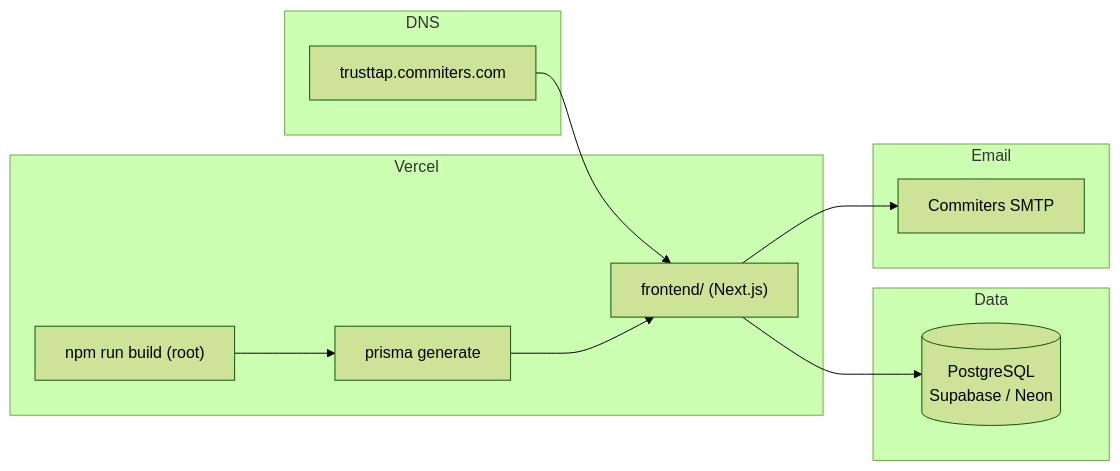
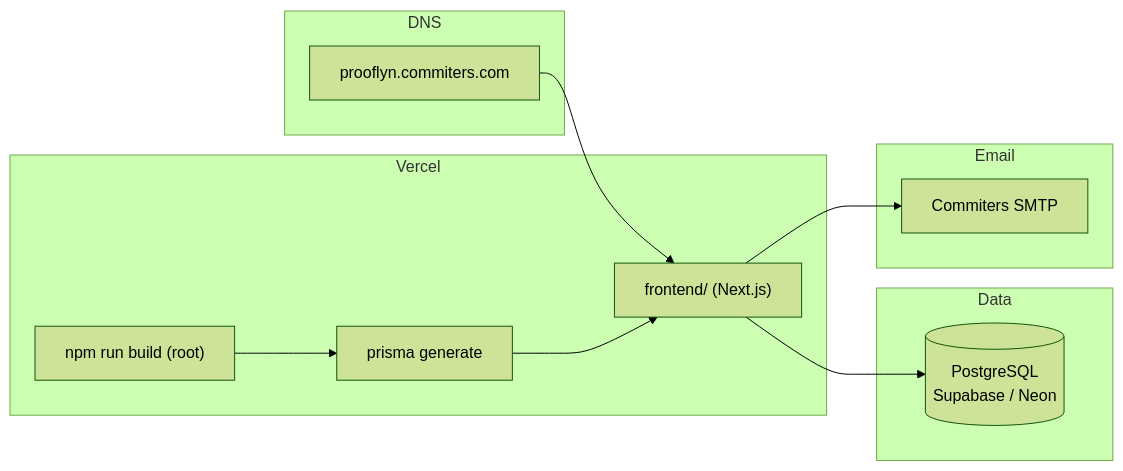
Before and after one commit to niteshrav/GoogleReviewQR: the sixth of 6 diagrams in docs/PHASE_1_ARCHITECTURE.md, drawn with Mermaid (forest theme). The commit also changed other lines of this file and 11 other files, not shown here.

Commit message:
Point production URL and QR fixtures at prooflyn.commiters.com.

````diff
--- a/docs/PHASE_1_ARCHITECTURE.md
+++ b/docs/PHASE_1_ARCHITECTURE.md
@@ -338,25 +338,25 @@
 ```mermaid
 flowchart LR
     subgraph DNS
-        CNAME["trusttap.commiters.com"]
+        CNAME["prooflyn.commiters.com"]
     end
 
     subgraph Vercel
         FE["frontend/ (Next.js)"]
         Build["npm run build (root)"]
         Prisma["prisma generate"]
     end
 
     subgraph Data
         PG[(PostgreSQL<br/>Supabase / Neon)]
     end
 
     subgraph Email
         SMTP[Commiters SMTP]
     end
 
     CNAME --> FE
     Build --> Prisma --> FE
     FE --> PG
     FE --> SMTP
 ```
````
